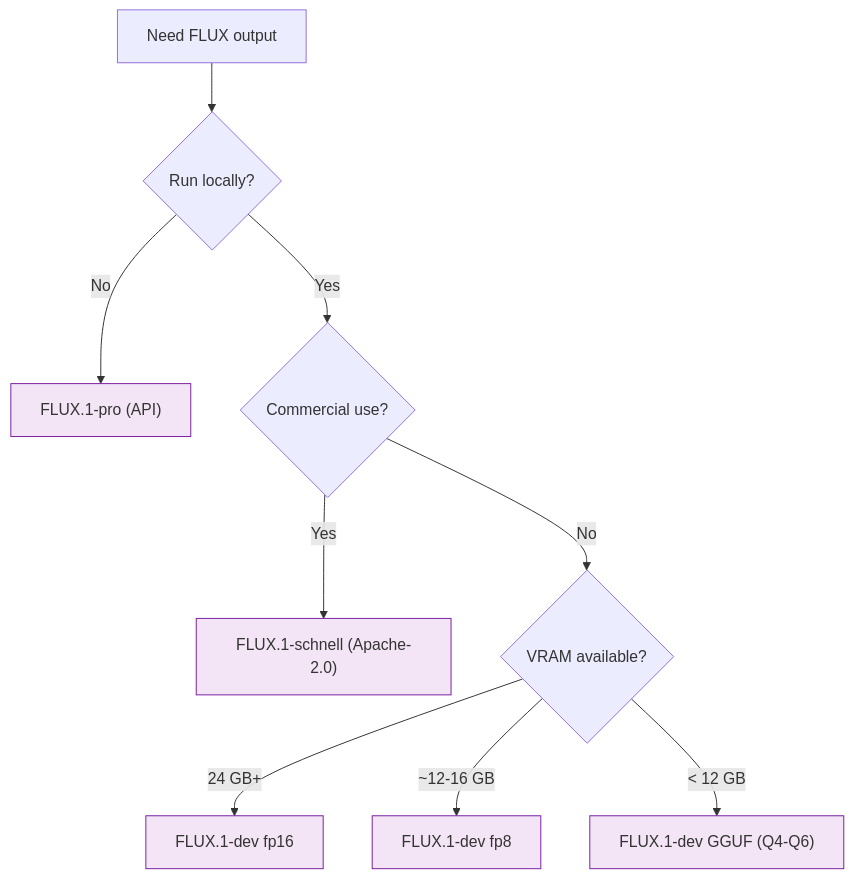
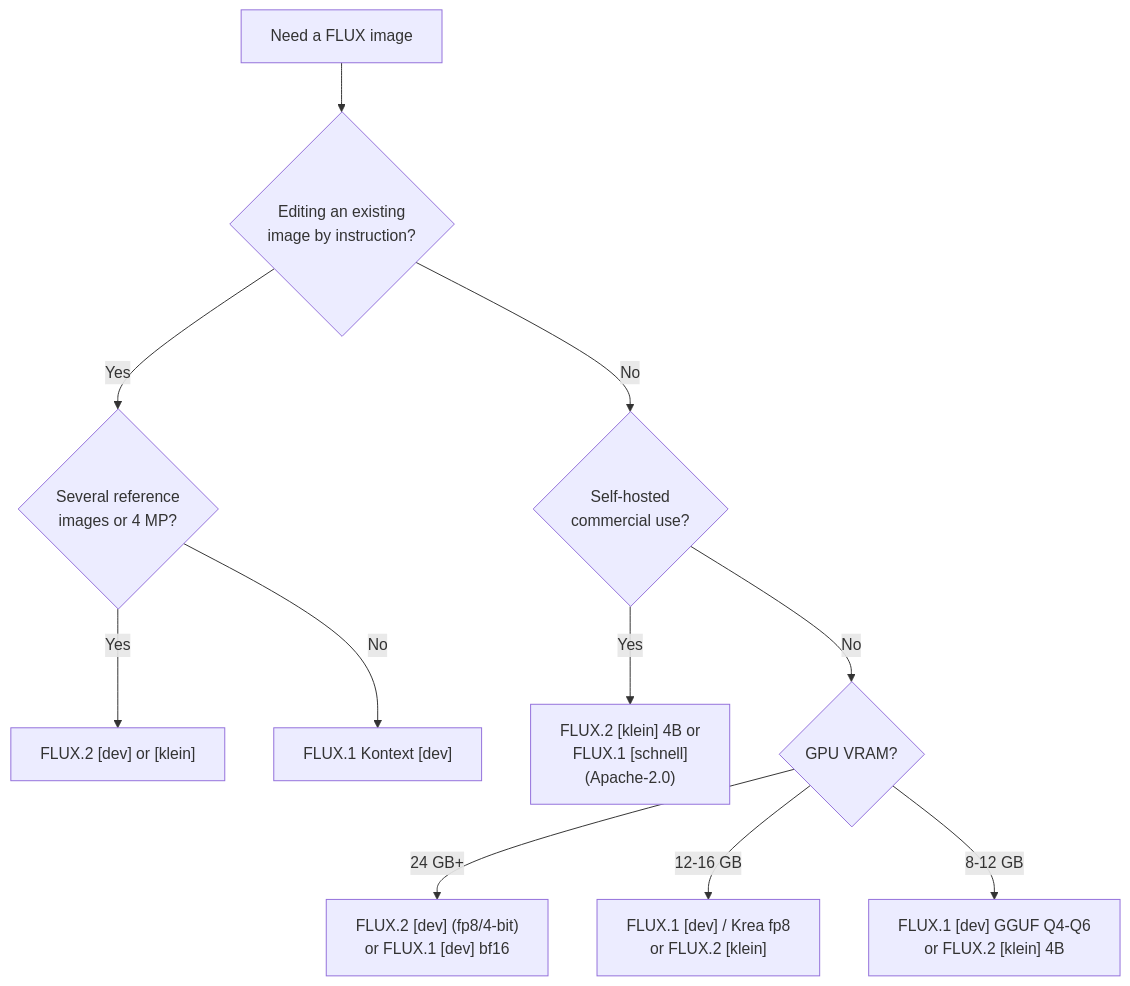
One commit to AndrewAltimit/Documentation changed the second of 3 diagrams in github-pages/docs/ai-ml/flux-guide.md. Above: the diagram before and after it, drawn with Mermaid. The commit also changed other lines of this file and 240 other files, not shown here.

````diff
--- a/github-pages/docs/ai-ml/flux-guide.md
+++ b/github-pages/docs/ai-ml/flux-guide.md
@@ -155,13 +185,13 @@
 ```mermaid
 flowchart TD
-    Start["Need FLUX output"] --> Local{"Run locally?"}
-    Local -->|No| Pro["FLUX.1-pro (API)"]
-    Local -->|Yes| Comm{"Commercial use?"}
-    Comm -->|Yes| Schnell["FLUX.1-schnell (Apache-2.0)"]
-    Comm -->|No| VRAM{"VRAM available?"}
-    VRAM -->|24 GB+| Dev["FLUX.1-dev fp16"]
-    VRAM -->|~12-16 GB| Fp8["FLUX.1-dev fp8"]
-    VRAM -->|< 12 GB| GGUF["FLUX.1-dev GGUF (Q4-Q6)"]
-    classDef dit fill:#f3e5f5,stroke:#7b1fa2;
-    class Pro,Schnell,Dev,Fp8,GGUF dit;
+    Start["Need a FLUX image"] --> Edit{"Editing an existing<br/>image by instruction?"}
+    Edit -->|Yes| EditC{"Several reference<br/>images or 4 MP?"}
+    EditC -->|Yes| F2["FLUX.2 [dev] or [klein]"]
+    EditC -->|No| Kontext["FLUX.1 Kontext [dev]"]
+    Edit -->|No| Comm{"Self-hosted<br/>commercial use?"}
+    Comm -->|Yes| Apache["FLUX.2 [klein] 4B or<br/>FLUX.1 [schnell]<br/>(Apache-2.0)"]
+    Comm -->|No| VRAM{"GPU VRAM?"}
+    VRAM -->|"24 GB+"| Big["FLUX.2 [dev] (fp8/4-bit)<br/>or FLUX.1 [dev] bf16"]
+    VRAM -->|"12-16 GB"| Mid["FLUX.1 [dev] / Krea fp8<br/>or FLUX.2 [klein]"]
+    VRAM -->|"8-12 GB"| Small["FLUX.1 [dev] GGUF Q4-Q6<br/>or FLUX.2 [klein] 4B"]
 ```
````
